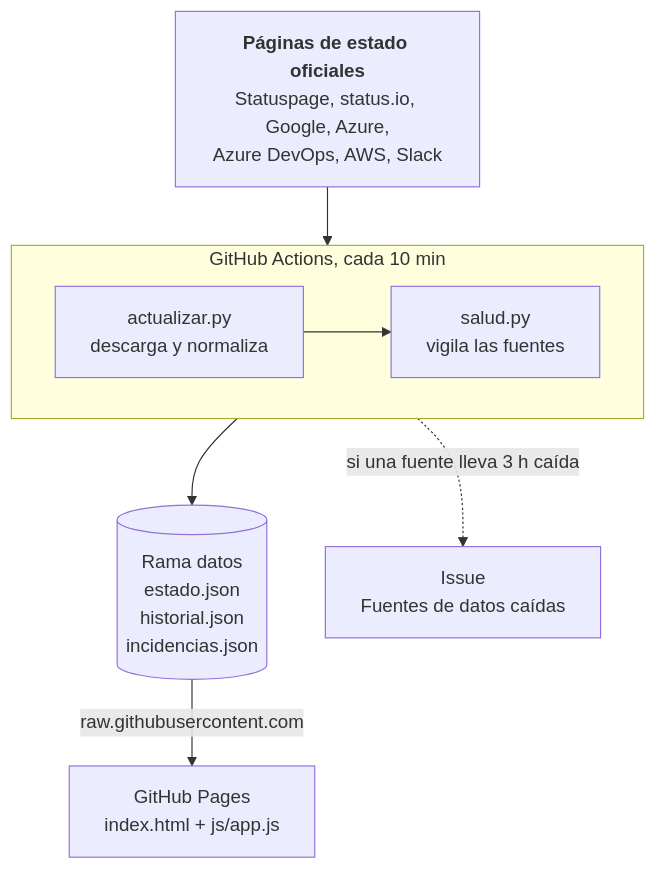
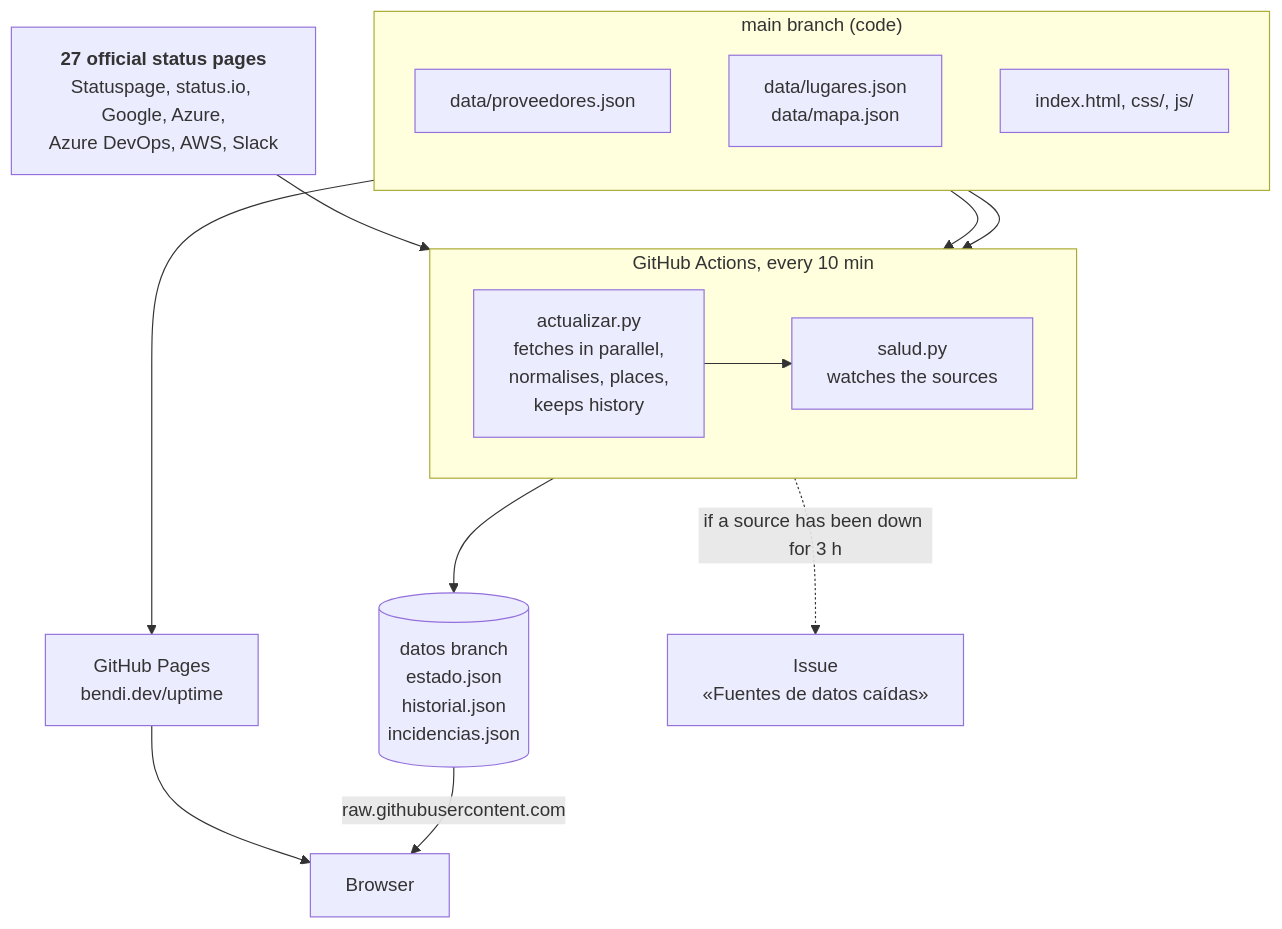
One commit to serbenda/uptime changed the second of 5 diagrams in README.md. Above: the diagram before and after it, drawn with Mermaid. The commit also changed other lines of this file and 24 other files, not shown here.

````diff
--- a/README.md
+++ b/README.md
@@ -156,20 +526,32 @@
 ```mermaid
 flowchart TB
-  Fuentes["<b>Páginas de estado oficiales</b><br/>Statuspage, status.io, Google, Azure,<br/>Azure DevOps, AWS, Slack"]
+  Fuentes["<b>27 official status pages</b><br/>Statuspage, status.io, Google, Azure,<br/>Azure DevOps, AWS, Slack"]
 
-  subgraph Actions["GitHub Actions, cada 10 min"]
+  subgraph Actions["GitHub Actions, every 10 min"]
     direction LR
-    A1["actualizar.py<br/>descarga y normaliza"]
-    A2["salud.py<br/>vigila las fuentes"]
+    A1["actualizar.py<br/>fetches in parallel,<br/>normalises, places,<br/>keeps history"]
+    A2["salud.py<br/>watches the sources"]
     A1 --> A2
   end
 
-  Datos[("Rama datos<br/>estado.json<br/>historial.json<br/>incidencias.json")]
-  Web["GitHub Pages<br/>index.html + js/app.js"]
-  Issue["Issue<br/>Fuentes de datos caídas"]
+  subgraph Main["main branch (code)"]
+    direction TB
+    Conf["data/proveedores.json"]
+    Geo["data/lugares.json<br/>data/mapa.json"]
+    Web["index.html, css/, js/"]
+  end
+
+  Datos[("datos branch<br/>estado.json<br/>historial.json<br/>incidencias.json")]
+  Pages["GitHub Pages<br/>bendi.dev/uptime"]
+  Issue["Issue<br/>«Fuentes de datos caídas»"]
+  Nav["Browser"]
 
   Fuentes --> A1
+  Conf --> A1
+  Geo --> A1
   A1 --> Datos
-  A2 -. si una fuente lleva 3 h caída .-> Issue
-  Datos -- raw.githubusercontent.com --> Web
+  A2 -. if a source has been down for 3 h .-> Issue
+  Main --> Pages
+  Pages --> Nav
+  Datos -- raw.githubusercontent.com --> Nav
 ```
````
